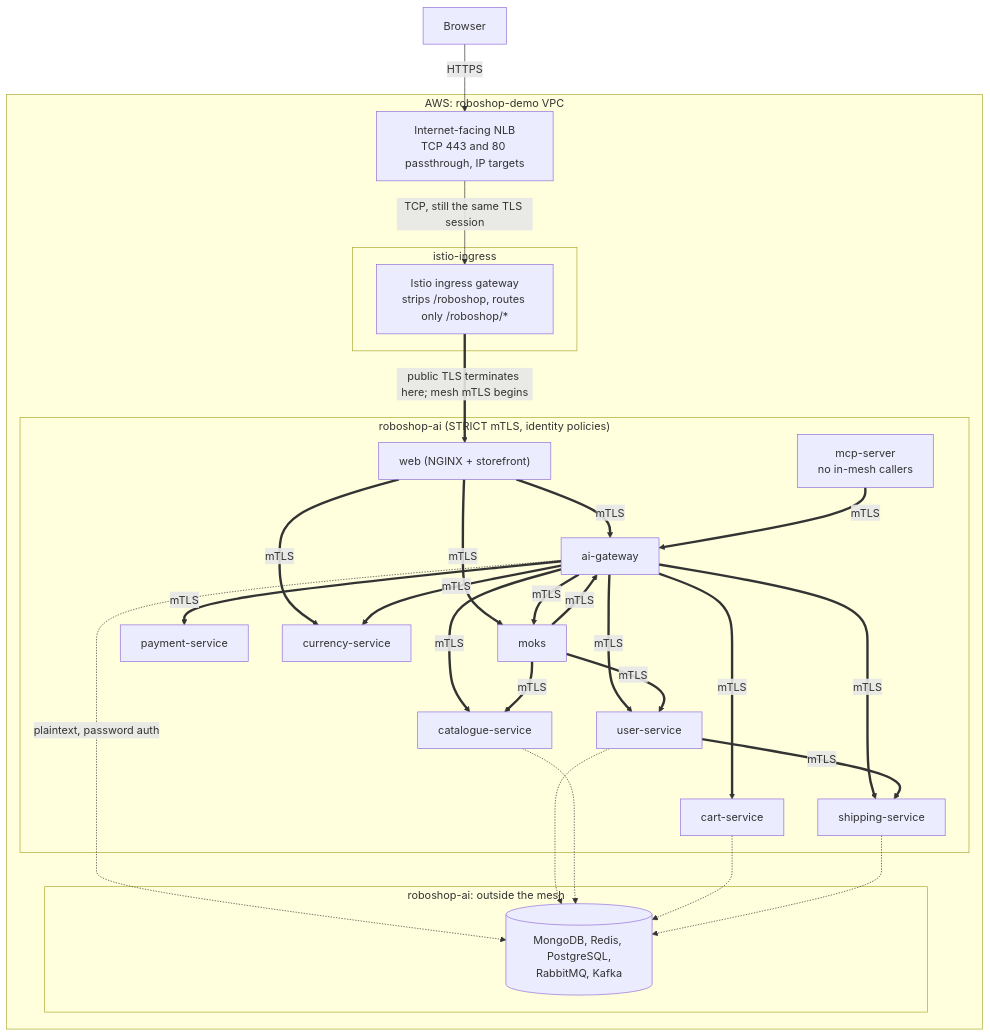
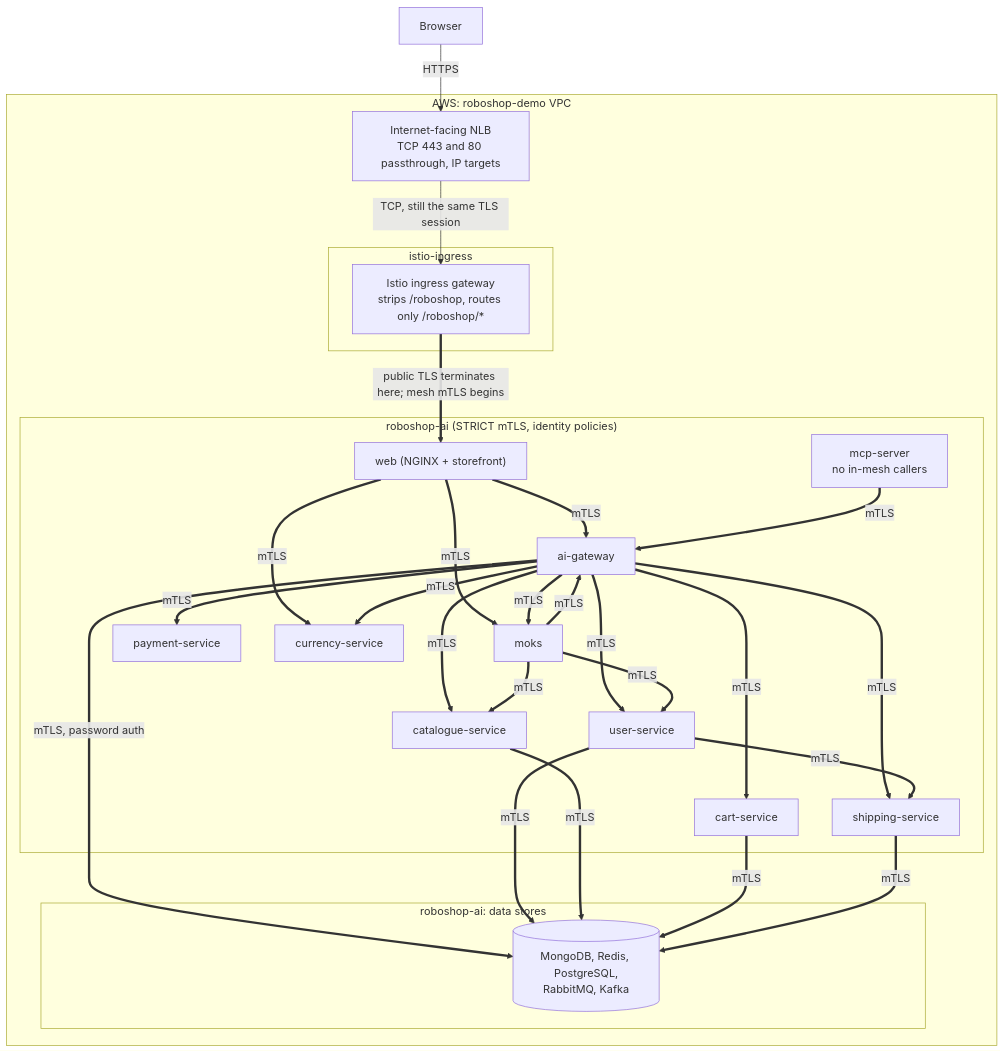
The diagram in eks/README.md (mrjithendar/tools), drawn with Mermaid before and after one commit. The commit also changed other lines of this file and 18 other files, not shown here.

````diff
--- a/eks/README.md
+++ b/eks/README.md
@@ -40,53 +40,53 @@
 ```mermaid
 flowchart TD
   browser["Browser"]
 
   subgraph aws["AWS: roboshop-demo VPC"]
     nlb["Internet-facing NLB<br/>TCP 443 and 80 passthrough, IP targets"]
 
     subgraph ingress["istio-ingress"]
       gateway["Istio ingress gateway<br/>strips /roboshop, routes only /roboshop/*"]
     end
 
     subgraph ns["roboshop-ai (STRICT mTLS, identity policies)"]
       web["web (NGINX + storefront)"]
       aigw["ai-gateway"]
       moks["moks"]
       mcp["mcp-server<br/>no in-mesh callers"]
       user["user-service"]
       catalogue["catalogue-service"]
       cart["cart-service"]
       payment["payment-service"]
       shipping["shipping-service"]
       currency["currency-service"]
     end
 
-    subgraph data["roboshop-ai: outside the mesh"]
+    subgraph data["roboshop-ai: data stores"]
       stores[("MongoDB, Redis, PostgreSQL,<br/>RabbitMQ, Kafka")]
     end
   end
 
   browser -- "HTTPS" --> nlb
   nlb -- "TCP, still the same TLS session" --> gateway
   gateway == "public TLS terminates here; mesh mTLS begins" ==> web
   web == mTLS ==> aigw
   web == mTLS ==> moks
   web == mTLS ==> currency
   aigw == mTLS ==> user
   aigw == mTLS ==> catalogue
   aigw == mTLS ==> cart
   aigw == mTLS ==> payment
   aigw == mTLS ==> shipping
   aigw == mTLS ==> currency
   aigw == mTLS ==> moks
   moks == mTLS ==> aigw
   moks == mTLS ==> catalogue
   moks == mTLS ==> user
   user == mTLS ==> shipping
   mcp == mTLS ==> aigw
-  aigw -. "plaintext, password auth" .-> stores
-  user -.-> stores
-  catalogue -.-> stores
-  cart -.-> stores
-  shipping -.-> stores
+  aigw == "mTLS, password auth" ==> stores
+  user == mTLS ==> stores
+  catalogue == mTLS ==> stores
+  cart == mTLS ==> stores
+  shipping == mTLS ==> stores
 ```
````
